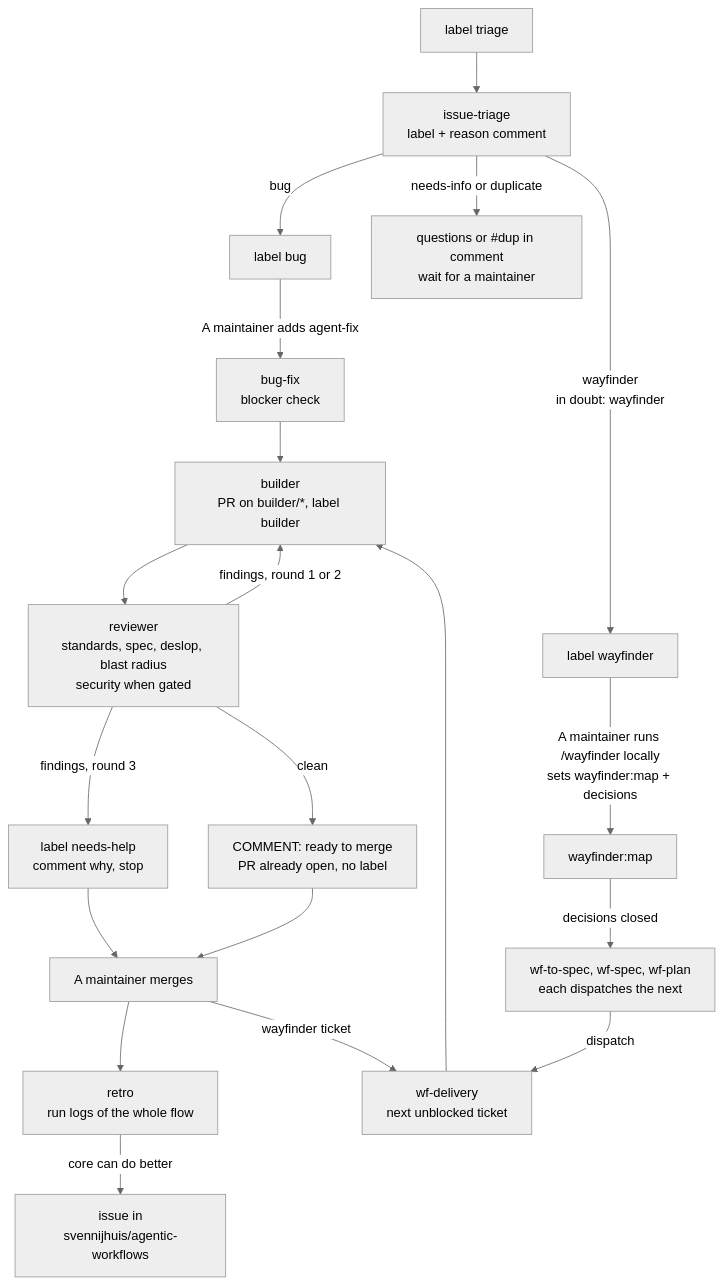
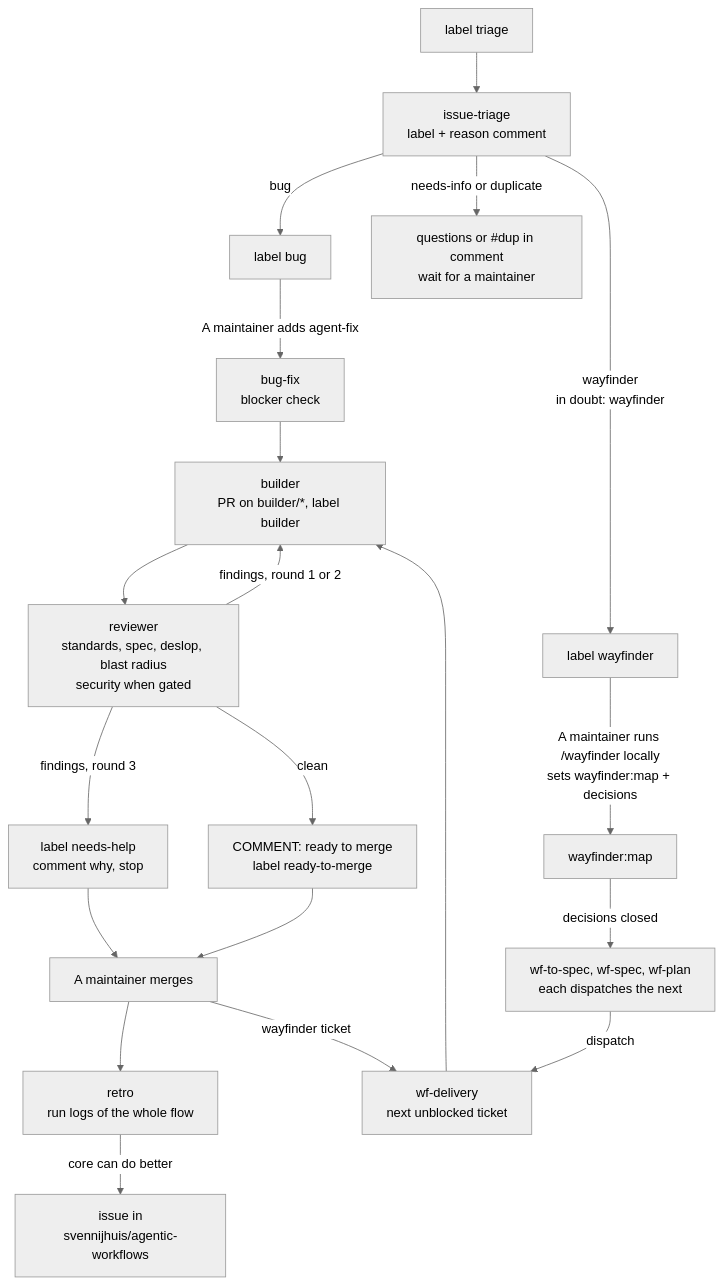
One commit to svennijhuis/agentic-workflows changed the first of 5 diagrams in workflows/README.md. Above: the diagram before and after it, drawn with Mermaid (neutral theme). The commit also changed other lines of this file and 2 other files, not shown here.

First line of the commit message:
Reviewer sets ready-to-merge label on a clean review (#44)

````diff
--- a/workflows/README.md
+++ b/workflows/README.md
@@ -31,22 +31,22 @@
 ```mermaid
 flowchart TD
   T[label triage] --> TR[issue-triage<br/>label + reason comment]
   TR -->|bug| B[label bug]
   TR -->|needs-info or duplicate| NI[questions or #dup in comment<br/>wait for a maintainer]
   TR -->|wayfinder<br/>in doubt: wayfinder| W[label wayfinder]
   W -->|A maintainer runs /wayfinder locally<br/>sets wayfinder:map + decisions| WM[wayfinder:map]
   B -->|A maintainer adds agent-fix| IF[bug-fix<br/>blocker check]
   WM -->|decisions closed| CH[wf-to-spec, wf-spec, wf-plan<br/>each dispatches the next]
   CH -->|dispatch| DL[wf-delivery<br/>next unblocked ticket]
   IF --> BU[builder<br/>PR on builder/*, label builder]
   DL --> BU
   BU --> RV[reviewer<br/>standards, spec, deslop, blast radius<br/>security when gated]
   RV -->|findings, round 1 or 2| BU
   RV -->|findings, round 3| NH[label needs-help<br/>comment why, stop]
-  RV -->|clean| OK[COMMENT: ready to merge<br/>PR already open, no label]
+  RV -->|clean| OK[COMMENT: ready to merge<br/>label ready-to-merge]
   OK --> M[A maintainer merges]
   NH --> M
   M --> RE[retro<br/>run logs of the whole flow]
   RE -->|core can do better| CI[issue in<br/>svennijhuis/agentic-workflows]
   M -->|wayfinder ticket| DL
 ```
````
